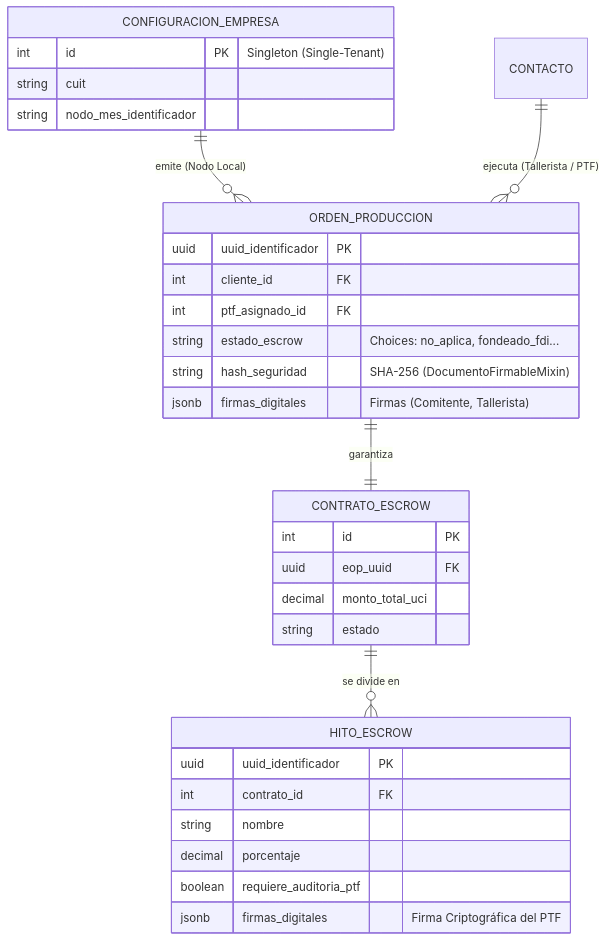
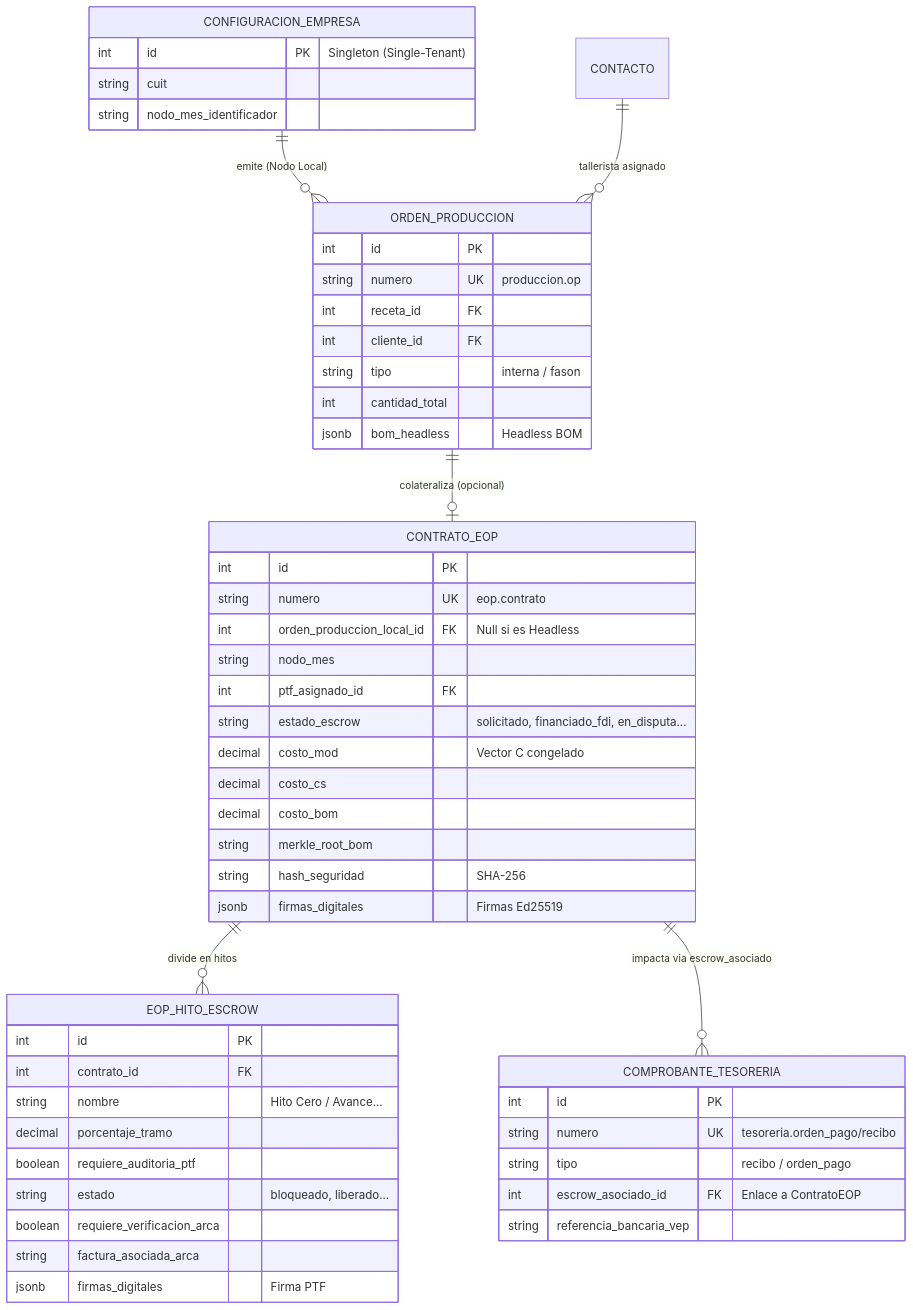
Before and after one commit to sarthouse/indinopy: the ninth of 9 diagrams in docs/md/arquitectura_funcional.md, drawn with Mermaid. The commit also changed other lines of this file and 6 other files, not shown here.

````diff
--- a/docs/md/arquitectura_funcional.md
+++ b/docs/md/arquitectura_funcional.md
@@ -393,39 +437,60 @@
 ```mermaid
 erDiagram
     CONFIGURACION_EMPRESA ||--o{ ORDEN_PRODUCCION : "emite (Nodo Local)"
-    CONTACTO ||--o{ ORDEN_PRODUCCION : "ejecuta (Tallerista / PTF)"
+    CONTACTO ||--o{ ORDEN_PRODUCCION : "tallerista asignado"
     
-    ORDEN_PRODUCCION ||--|| CONTRATO_ESCROW : "garantiza"
-    CONTRATO_ESCROW ||--o{ HITO_ESCROW : "se divide en"
+    ORDEN_PRODUCCION ||--o| CONTRATO_EOP : "colateraliza (opcional)"
+    CONTRATO_EOP ||--o{ EOP_HITO_ESCROW : "divide en hitos"
+    CONTRATO_EOP ||--o{ COMPROBANTE_TESORERIA : "impacta via escrow_asociado"
     
     CONFIGURACION_EMPRESA {
         int id PK "Singleton (Single-Tenant)"
         string cuit
         string nodo_mes_identificador
     }
     
     ORDEN_PRODUCCION {
-        uuid uuid_identificador PK
+        int id PK
+        string numero UK "produccion.op"
+        int receta_id FK
         int cliente_id FK
-        int ptf_asignado_id FK
-        string estado_escrow "Choices: no_aplica, fondeado_fdi..."
-        string hash_seguridad "SHA-256 (DocumentoFirmableMixin)"
-        jsonb firmas_digitales "Firmas (Comitente, Tallerista)"
+        string tipo "interna / fason"
+        int cantidad_total
+        jsonb bom_headless "Headless BOM"
     }
     
-    CONTRATO_ESCROW {
+    CONTRATO_EOP {
         int id PK
-        uuid eop_uuid FK
-        decimal monto_total_uci
-        string estado
+        string numero UK "eop.contrato"
+        int orden_produccion_local_id FK "Null si es Headless"
+        string nodo_mes
+        int ptf_asignado_id FK
+        string estado_escrow "solicitado, financiado_fdi, en_disputa..."
+        decimal costo_mod "Vector C congelado"
+        decimal costo_cs
+        decimal costo_bom
+        string merkle_root_bom
+        string hash_seguridad "SHA-256"
+        jsonb firmas_digitales "Firmas Ed25519"
     }
     
-    HITO_ESCROW {
-        uuid uuid_identificador PK
+    EOP_HITO_ESCROW {
+        int id PK
         int contrato_id FK
-        string nombre
-        decimal porcentaje
+        string nombre "Hito Cero / Avance..."
+        decimal porcentaje_tramo
         boolean requiere_auditoria_ptf
-        jsonb firmas_digitales "Firma Criptográfica del PTF"
+        string estado "bloqueado, liberado..."
+        boolean requiere_verificacion_arca
+        string factura_asociada_arca
+        jsonb firmas_digitales "Firma PTF"
+    }
+
+    COMPROBANTE_TESORERIA {
+        int id PK
+        string numero UK "tesoreria.orden_pago/recibo"
+        string tipo "recibo / orden_pago"
+        int escrow_asociado_id FK "Enlace a ContratoEOP"
+        string referencia_bancaria_vep
     }
 ```
````
